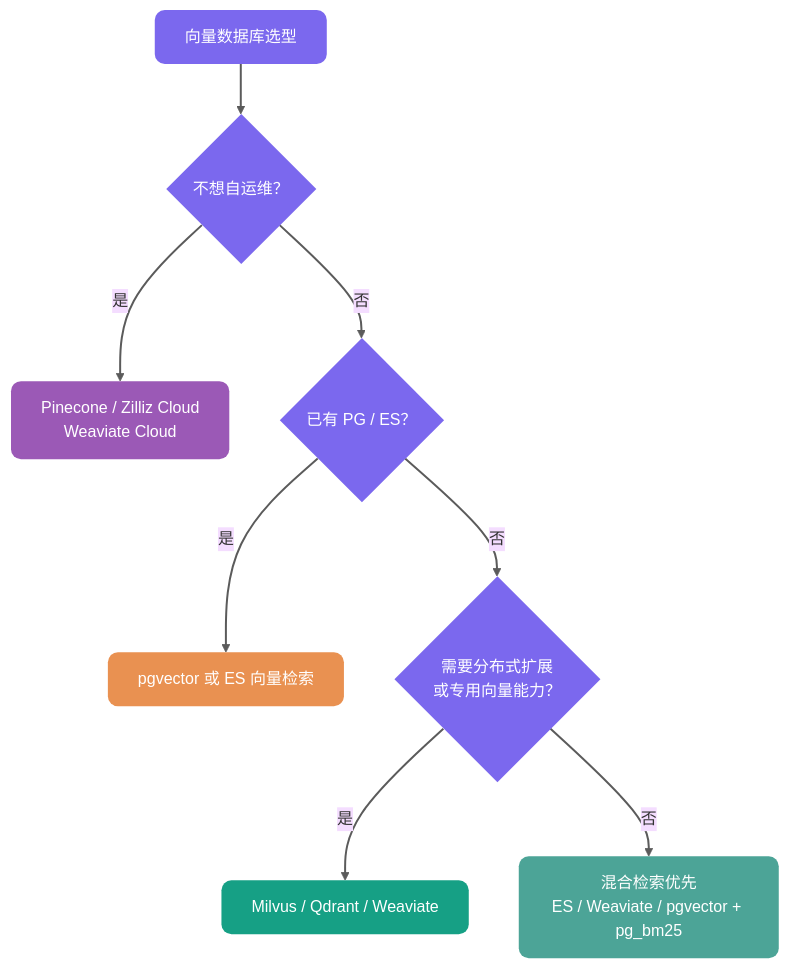
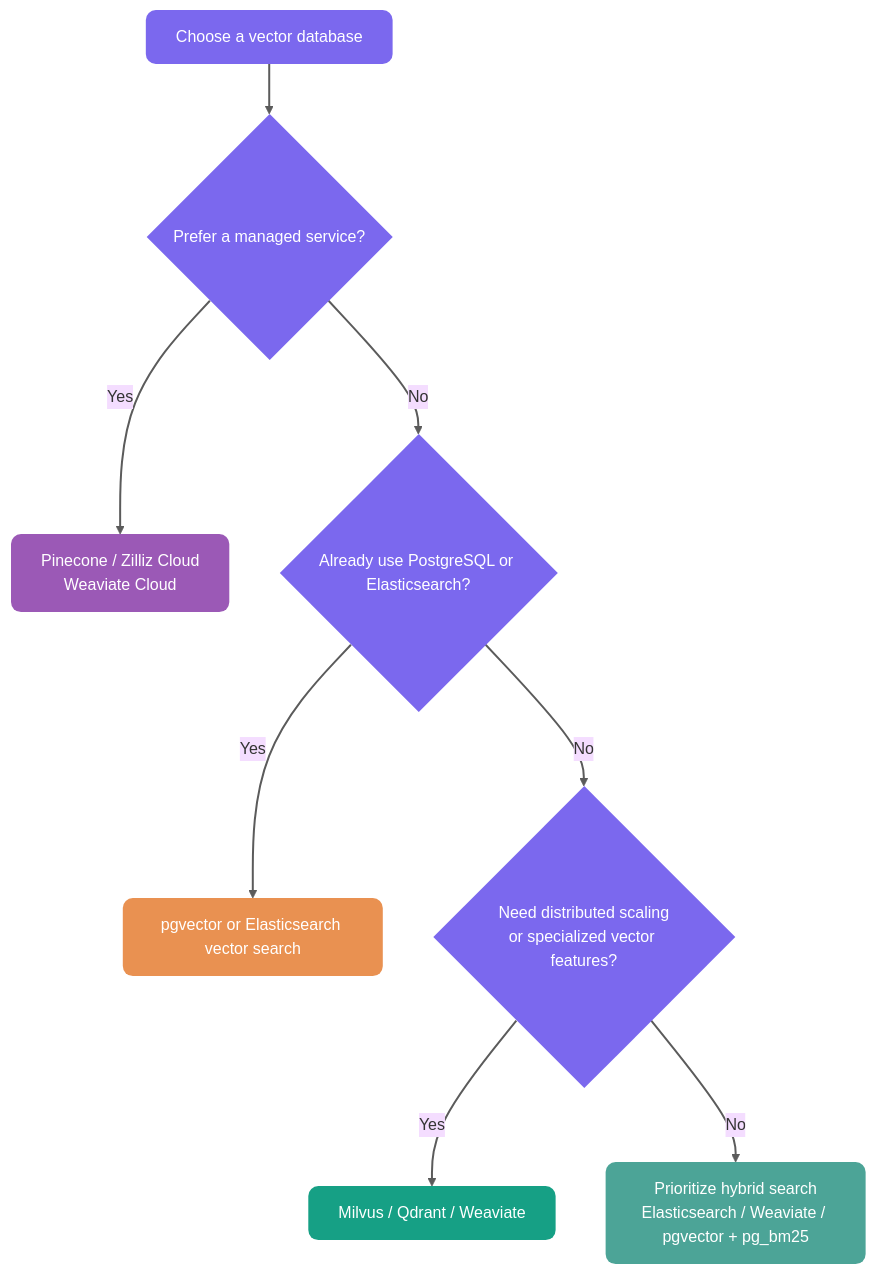
The diagram in docs/ai/rag/rag-vector-store.md (m3h3d1/JavaGuideEn), drawn with Mermaid (base theme) before and after one commit. The commit also changed other lines of this file and 128 other files, not shown here.

````diff
--- a/docs/ai/rag/rag-vector-store.md
+++ b/docs/ai/rag/rag-vector-store.md
@@ -291,27 +291,27 @@
 ```mermaid
 flowchart TB
     classDef gateway fill:#7B68EE,color:#FFFFFF,stroke:none,rx:10,ry:10
     classDef primaryDB fill:#E99151,color:#FFFFFF,stroke:none,rx:10,ry:10
     classDef search fill:#16A085,color:#FFFFFF,stroke:none,rx:10,ry:10
     classDef infra fill:#9B59B6,color:#FFFFFF,stroke:none,rx:10,ry:10
     classDef success fill:#4CA497,color:#FFFFFF,stroke:none,rx:10,ry:10
 
-    Start["向量数据库选型"]:::gateway
-    Ops{"不想自运维？"}:::gateway
+    Start["Choose a vector database"]:::gateway
+    Ops{"Prefer a managed service?"}:::gateway
     Cloud["Pinecone / Zilliz Cloud<br/>Weaviate Cloud"]:::infra
-    Existing{"已有 PG / ES？"}:::gateway
-    ExistingStack["pgvector 或 ES 向量检索"]:::primaryDB
-    Scale{"需要分布式扩展<br/>或专用向量能力？"}:::gateway
+    Existing{"Already use PostgreSQL or Elasticsearch?"}:::gateway
+    ExistingStack["pgvector or Elasticsearch vector search"]:::primaryDB
+    Scale{"Need distributed scaling<br/>or specialized vector features?"}:::gateway
     Pro["Milvus / Qdrant / Weaviate"]:::search
-    Hybrid["混合检索优先<br/>ES / Weaviate / pgvector + pg_bm25"]:::success
+    Hybrid["Prioritize hybrid search<br/>Elasticsearch / Weaviate / pgvector + pg_bm25"]:::success
 
     Start --> Ops
-    Ops -->|是| Cloud
-    Ops -->|否| Existing
-    Existing -->|是| ExistingStack
-    Existing -->|否| Scale
-    Scale -->|是| Pro
-    Scale -->|否| Hybrid
+    Ops -->|Yes| Cloud
+    Ops -->|No| Existing
+    Existing -->|Yes| ExistingStack
+    Existing -->|No| Scale
+    Scale -->|Yes| Pro
+    Scale -->|No| Hybrid
 
     linkStyle default stroke-width:2px,stroke:#333333,opacity:0.8
 ```
````
